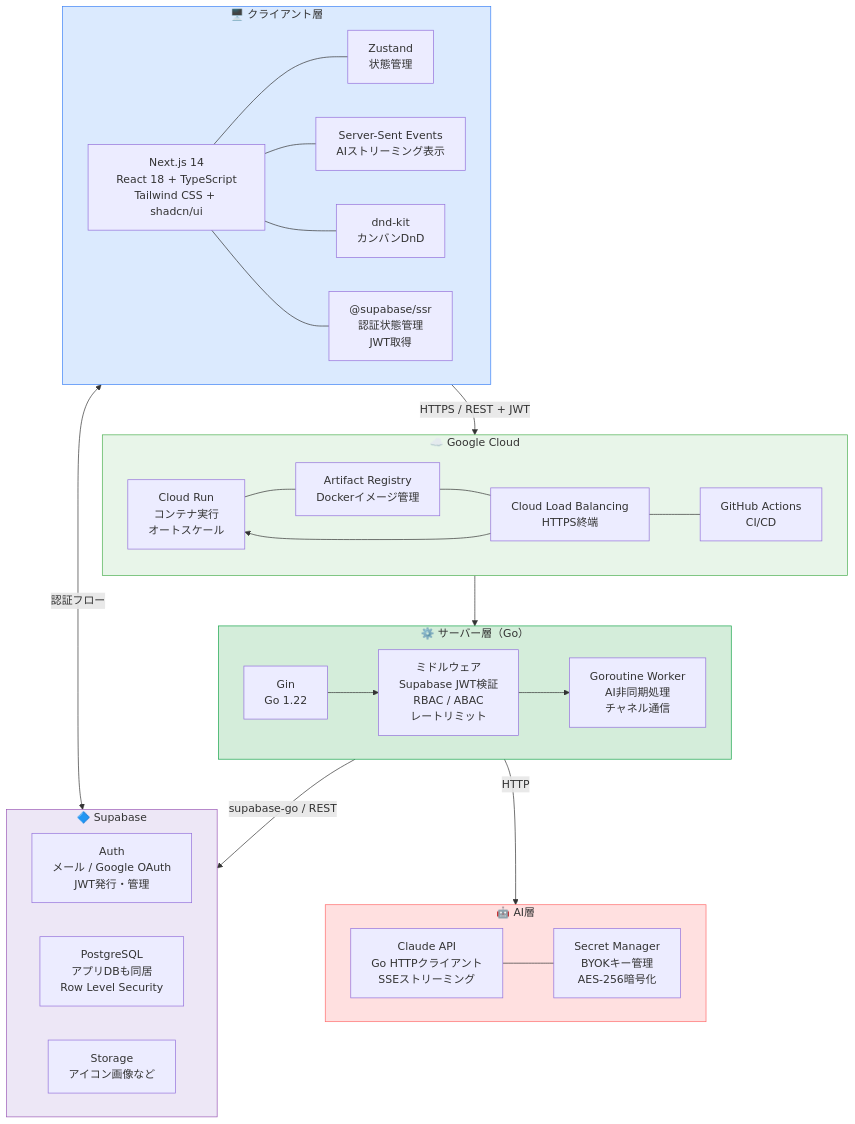
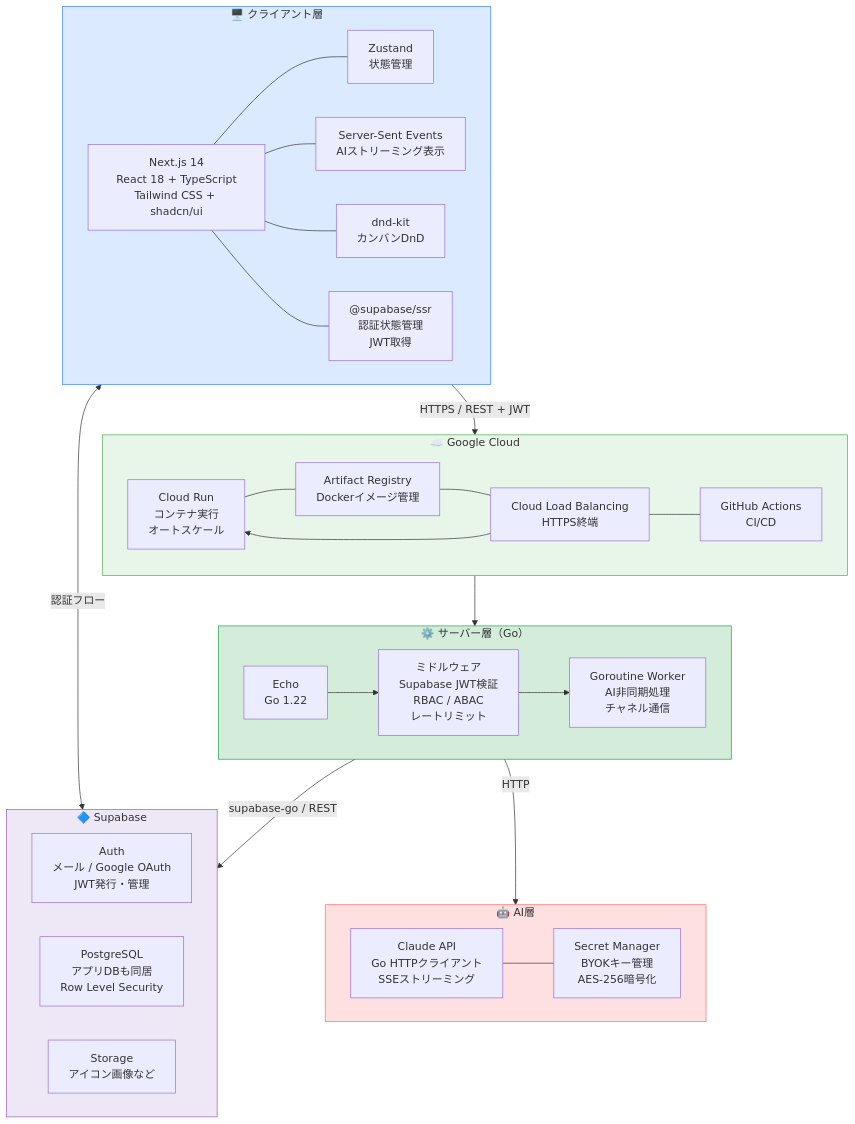
Before and after one commit to oto1720/mermaid: the first of 11 diagrams in tech-stack-v3.md, drawn with Mermaid. The commit also changed other lines of this file and 1 other file, not shown here.

````diff
--- a/tech-stack-v3.md
+++ b/tech-stack-v3.md
@@ -11,58 +6,58 @@
 ```mermaid
 flowchart TB
     subgraph CLIENT["🖥️ クライアント層"]
         direction LR
         FE["Next.js 14\nReact 18 + TypeScript\nTailwind CSS + shadcn/ui"]
         STATE["Zustand\n状態管理"]
         SSE["Server-Sent Events\nAIストリーミング表示"]
         DND["dnd-kit\nカンバンDnD"]
         SUPA_CLIENT["@supabase/ssr\n認証状態管理\nJWT取得"]
         FE --- STATE
         FE --- SSE
         FE --- DND
         FE --- SUPA_CLIENT
     end
 
     subgraph SERVER["⚙️ サーバー層（Go）"]
         direction LR
-        API["Gin\nGo 1.22"]
+        API["Echo\nGo 1.22"]
         MW["ミドルウェア\nSupabase JWT検証\nRBAC / ABAC\nレートリミット"]
         WORKER["Goroutine Worker\nAI非同期処理\nチャネル通信"]
         API --> MW --> WORKER
     end
 
     subgraph SUPABASE["🔷 Supabase"]
         direction LR
         AUTH["Auth\nメール / Google OAuth\nJWT発行・管理"]
         SUPA_DB["PostgreSQL\nアプリDBも同居\nRow Level Security"]
         STORAGE["Storage\nアイコン画像など"]
     end
 
     subgraph AI["🤖 AI層"]
         CLAUDE["Claude API\nGo HTTPクライアント\nSSEストリーミング"]
         KEYSTORE["Secret Manager\nBYOKキー管理\nAES-256暗号化"]
         CLAUDE --- KEYSTORE
     end
 
     subgraph INFRA["☁️ Google Cloud"]
         direction LR
         CR["Cloud Run\nコンテナ実行\nオートスケール"]
         AR["Artifact Registry\nDockerイメージ管理"]
         LB["Cloud Load Balancing\nHTTPS終端"]
         GHA["GitHub Actions\nCI/CD"]
         CR --- AR --- LB --- GHA
     end
 
     CLIENT  -->|"HTTPS / REST + JWT"| LB
     CLIENT  <-->|"認証フロー"| SUPABASE
     LB      --> CR
     CR      --> SERVER
     SERVER  -->|"supabase-go / REST"| SUPABASE
     SERVER  -->|"HTTP"| AI
 
     style CLIENT   fill:#dbeafe,stroke:#3b82f6
     style SERVER   fill:#d4edda,stroke:#16a34a
     style SUPABASE fill:#ede7f6,stroke:#9b59b6
     style AI       fill:#ffe0e0,stroke:#ff6b6b
     style INFRA    fill:#e8f5e9,stroke:#4caf50
 ```
````
